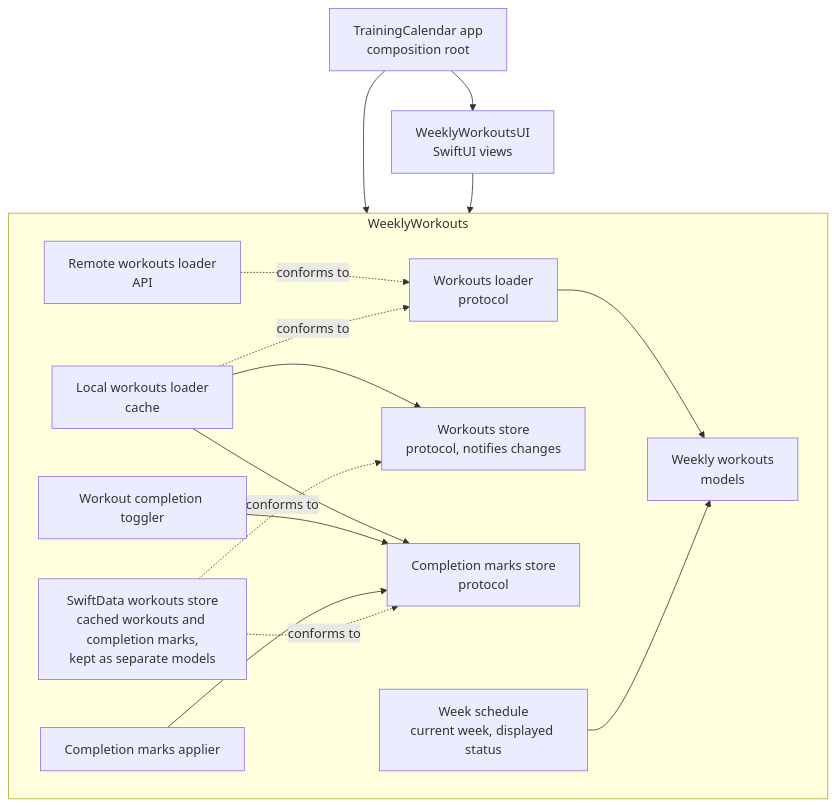
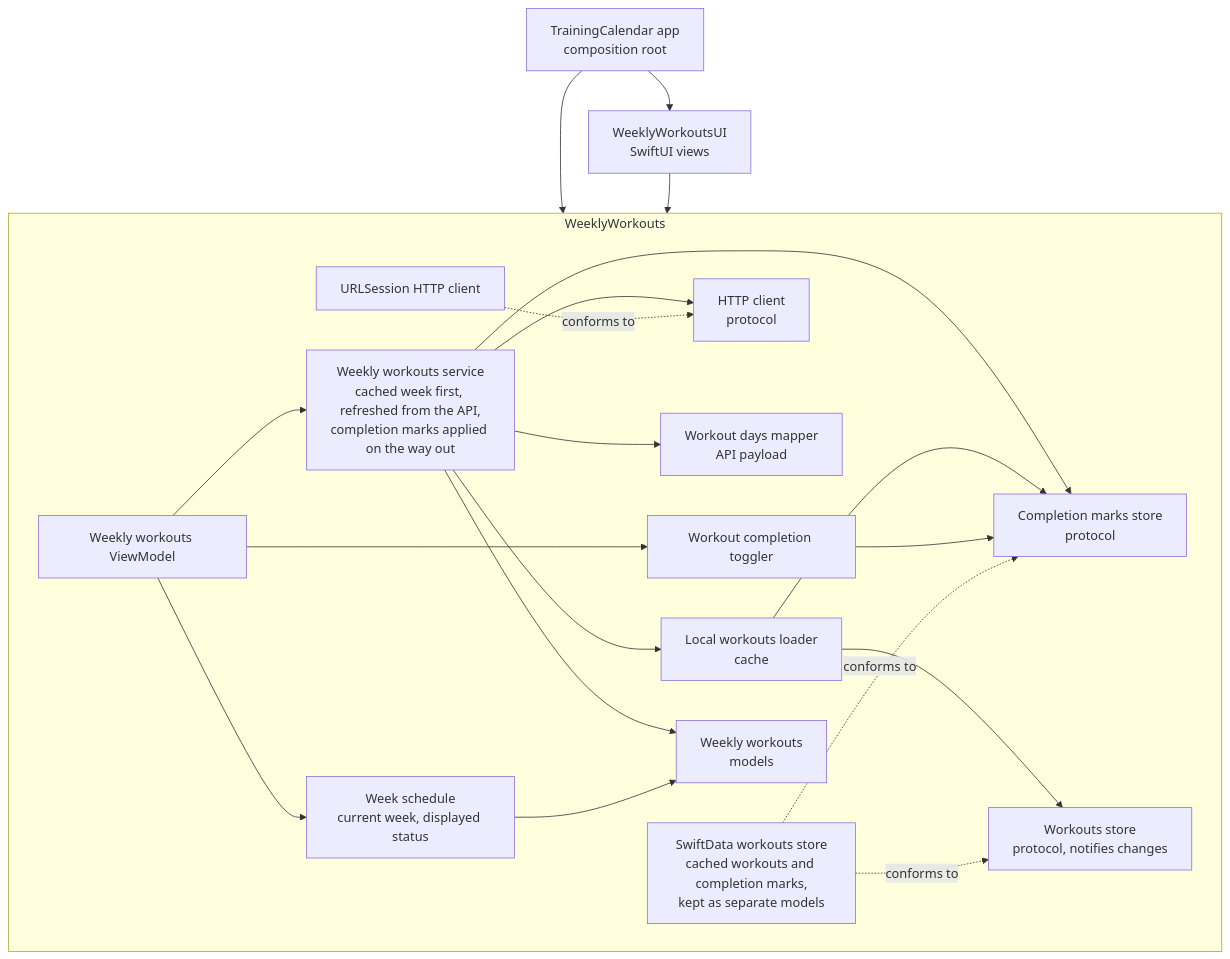
The second of 2 diagrams in README.md (tringuyen623/training-calendar), drawn with Mermaid before and after one commit.

Commit message:
Show `WeeklyWorkoutsService` between the ViewModel and the API, cache and marks in the README architecture

````diff
--- a/README.md
+++ b/README.md
@@ -349,18 +349,23 @@
 ```mermaid
 graph TD
     App["TrainingCalendar app<br/>composition root"] --> UI["WeeklyWorkoutsUI<br/>SwiftUI views"]
     App --> Package
     UI --> Package
     subgraph Package["WeeklyWorkouts"]
-        Remote["Remote workouts loader<br/>API"] -. conforms to .-> Loader["Workouts loader<br/>protocol"]
-        Local["Local workouts loader<br/>cache"] -. conforms to .-> Loader
+        ViewModel["Weekly workouts ViewModel"] --> Service["Weekly workouts service<br/>cached week first, refreshed from the API,<br/>completion marks applied on the way out"]
+        ViewModel --> Toggler["Workout completion toggler"]
+        Service --> Client["HTTP client<br/>protocol"]
+        Service --> Mapper["Workout days mapper<br/>API payload"]
+        Service --> Local["Local workouts loader<br/>cache"]
+        Service --> Marks["Completion marks store<br/>protocol"]
         Local --> Store["Workouts store<br/>protocol, notifies changes"]
-        Local --> Marks["Completion marks store<br/>protocol"]
-        Toggler["Workout completion toggler"] --> Marks
-        Applier["Completion marks applier"] --> Marks
+        Local --> Marks
+        Toggler --> Marks
+        URLSession["URLSession HTTP client"] -. conforms to .-> Client
         SwiftData["SwiftData workouts store<br/>cached workouts and completion marks,<br/>kept as separate models"] -. conforms to .-> Store
         SwiftData -. conforms to .-> Marks
-        Loader --> Models["Weekly workouts<br/>models"]
-        Schedule["Week schedule<br/>current week, displayed status"] --> Models
+        Service --> Models["Weekly workouts<br/>models"]
+        ViewModel --> Schedule["Week schedule<br/>current week, displayed status"]
+        Schedule --> Models
     end
 ```
````
